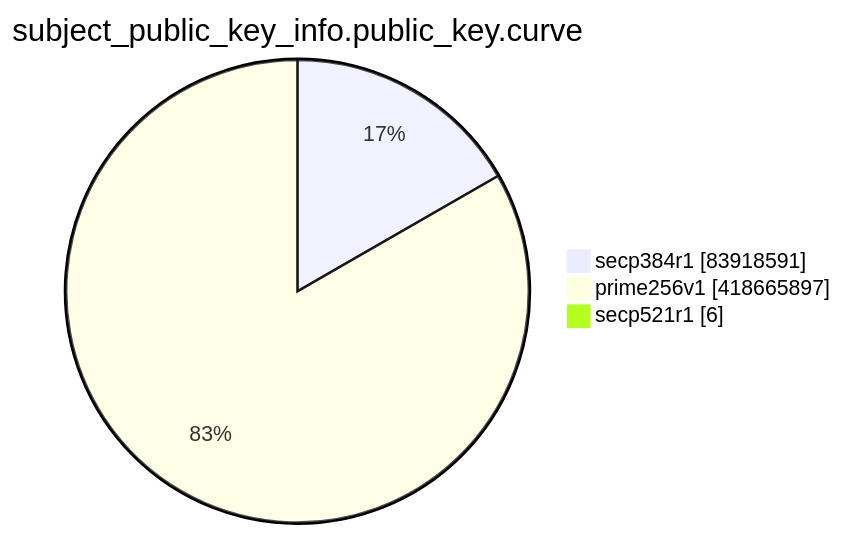
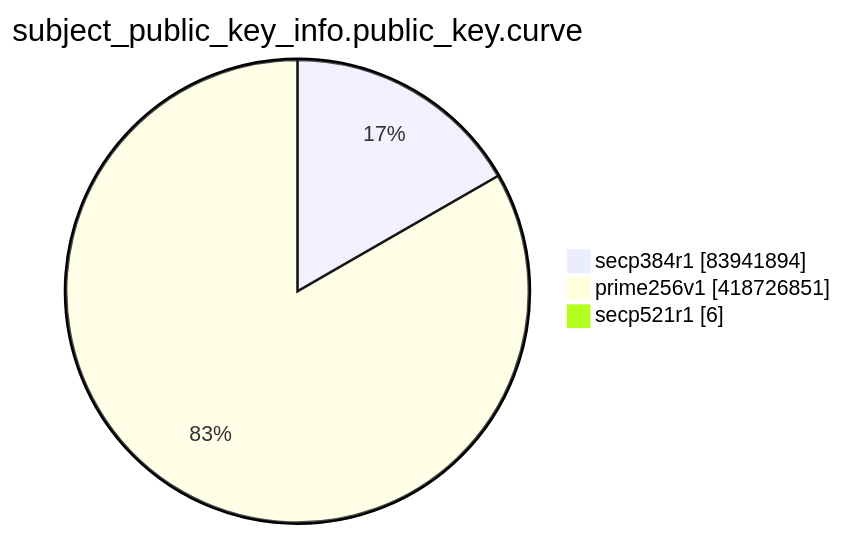
Before and after one commit to christiankrug/ctmonitor_visualization: the eighth of 15 diagrams in TOTAL/README.md, drawn with Mermaid. The commit also changed other lines of this file, not shown here.

````diff
--- a/TOTAL/README.md
+++ b/TOTAL/README.md
@@ -3099,7 +3099,7 @@
 ```mermaid
 pie showData
 title subject_public_key_info.public_key.curve
-"secp384r1" :83918591
-"prime256v1" :418665897
+"secp384r1" :83941894
+"prime256v1" :418726851
 "secp521r1" :6
 ```
````
